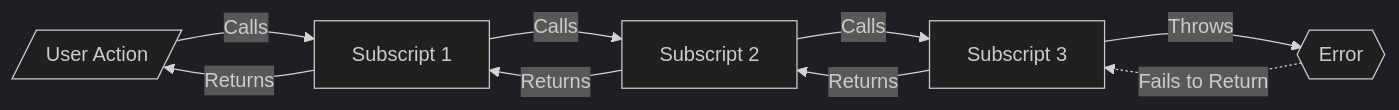
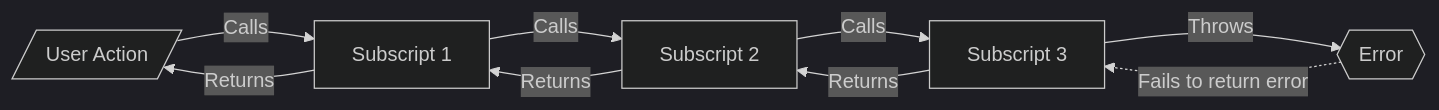
One commit to CloudChi/FX-Framework changed the first of 2 diagrams in Diagram Error Flow - Common.md. Above: the diagram before and after it, drawn with Mermaid (dark theme). The commit also changed other lines of this file, not shown here.

Commit message:
Update Diagram Error Flow - Common.md

````diff
--- a/Diagram Error Flow - Common.md
+++ b/Diagram Error Flow - Common.md
@@ -5,11 +5,11 @@
 ```mermaid
 graph LR
     A[/User Action/] -- Calls --> B[Subscript 1] 
     B -- Calls --> C[Subscript 2] 
     C -- Calls --> D[Subscript 3] 
     D -- Throws --> E{{Error}}
-    E -.Fails to Return.-> D
+    E -.Fails to return error.-> D
     D -- Returns --> C
     C -- Returns --> B
     B -- Returns --> A
 ```
````
